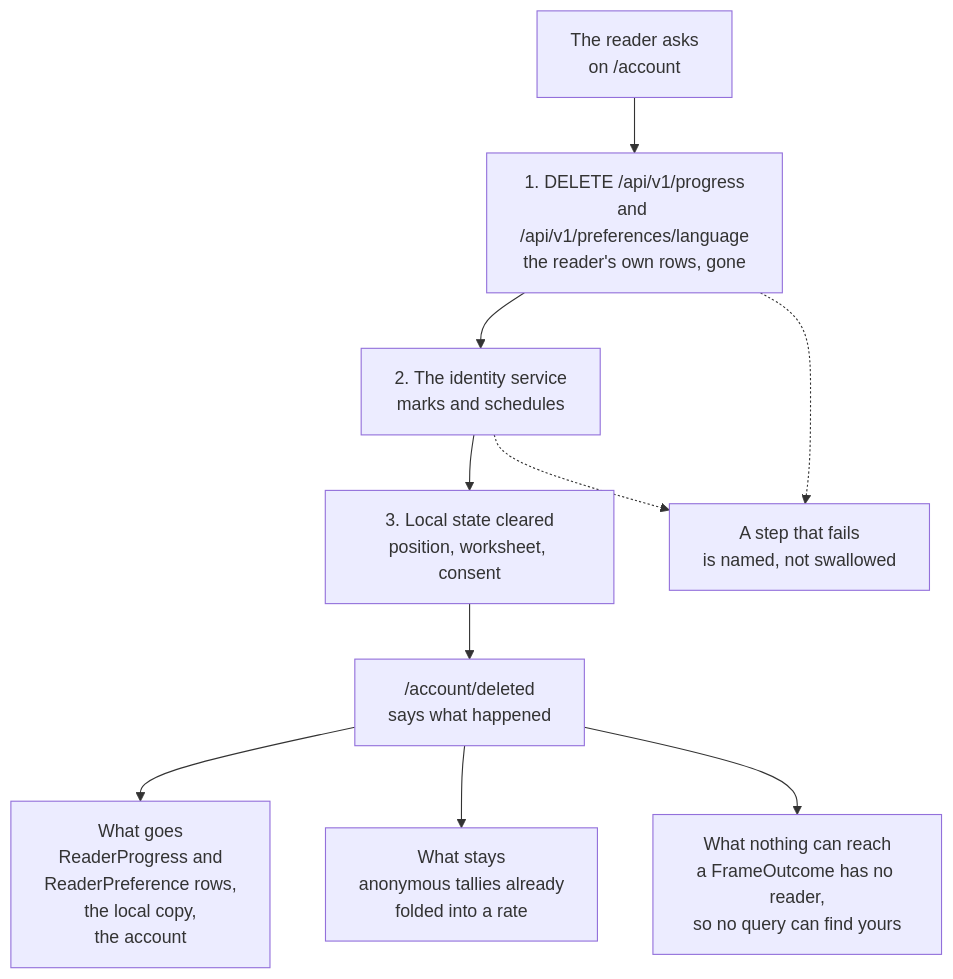
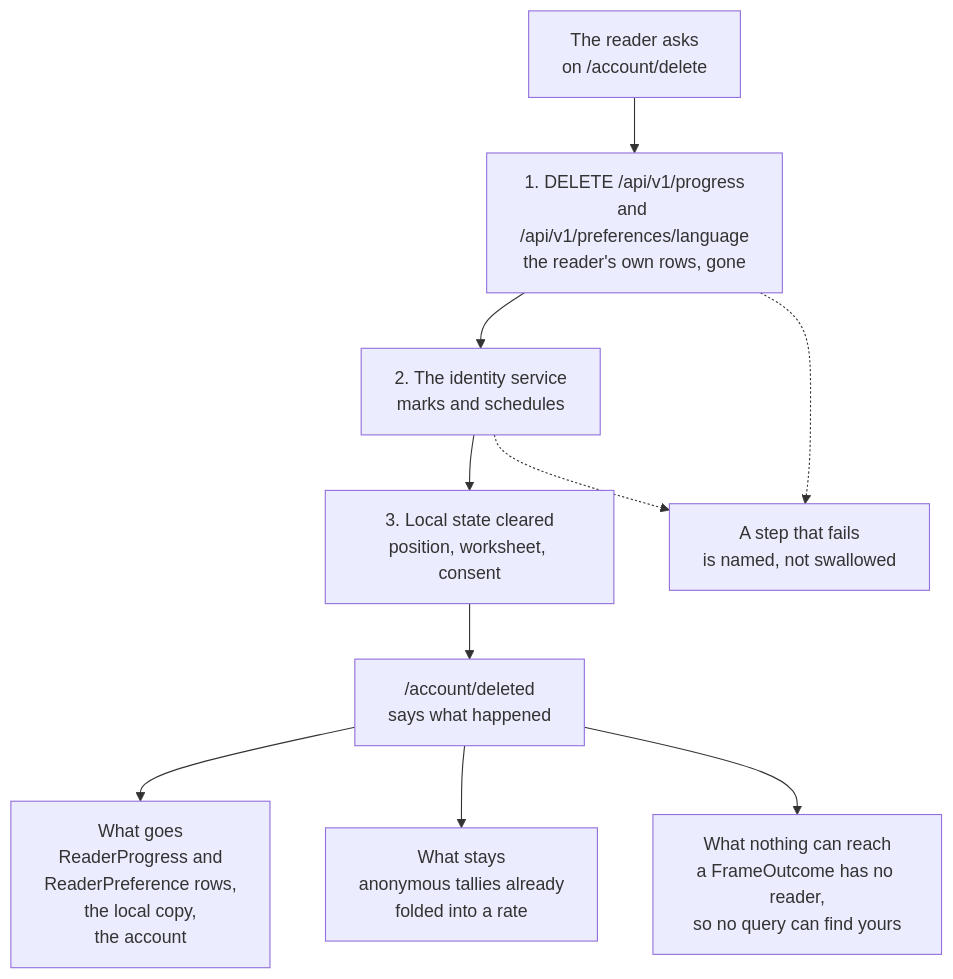
One commit to konradcinkusz/ab-ove changed the diagram in docs/diagrams/b6-deletion.mmd. Above: the diagram before and after it, drawn with Mermaid. The commit also changed 27 other files, not shown here.

First line of the commit message:
610: /account is the reader's overview; deletion moves to /account/delete

```diff
--- a/docs/diagrams/b6-deletion.mmd
+++ b/docs/diagrams/b6-deletion.mmd
@@ -1,40 +1,40 @@
 %% Deletion: what goes, what stays, and what no deletion can reach.
 %% ONE DIAGRAM PER FILE. ASCII ONLY.
 
 %% EVERY READER-SCOPED ROW GOES FIRST, AND THE SCREEN SAYS WHAT IT CANNOT REACH (ADR-0021).
 %% The order is about the SUBJECT: once the identity service has marked the account, nobody
 %% can sign in as that subject again, so anything still filed under it in apidb is
 %% unreachable by any reader for ever. That is true of the chosen edition (ADR-0052) exactly
 %% as it is of the place, which is why both go before the account rather than after.
 
 %% AND BECAUSE AN OUTCOME CARRIES NO READER, nothing can find the rows that were yours -- so
 %% a contribution already folded into a rate cannot be retracted. That is the cost of the
 %% architectural absence that makes a per-reader score unbuildable, and the reader is told it
 %% rather than left to assume the opposite.
 
 %% THE IDENTITY SERVICE MARKS AND SCHEDULES RATHER THAN ERASES. This repository does not own
 %% authdb and does not claim on its behalf; the screen says what the identity service does,
 %% in its own terms.
 
 %% A SCREEN THAT IMPLIED OTHERWISE WOULD BE CLAIMING A CAPABILITY THE SCHEMA WAS DESIGNED
 %% NOT TO HAVE.
 
 flowchart TD
-  ASK["The reader asks<br/>on /account"]
+  ASK["The reader asks<br/>on /account/delete"]
   P1["1. DELETE /api/v1/progress<br/>and /api/v1/preferences/language<br/>the reader's own rows, gone"]
   P2["2. The identity service<br/>marks and schedules"]
   P3["3. Local state cleared<br/>position, worksheet, consent"]
   DONE["/account/deleted<br/>says what happened"]
 
   GONE["What goes<br/>ReaderProgress and<br/>ReaderPreference rows,<br/>the local copy,<br/>the account"]
   STAYS["What stays<br/>anonymous tallies already<br/>folded into a rate"]
   CANNOT["What nothing can reach<br/>a FrameOutcome has no reader,<br/>so no query can find yours"]
 
   ASK --> P1 --> P2 --> P3 --> DONE
   DONE --> GONE
   DONE --> STAYS
   DONE --> CANNOT
 
   PROBLEM["A step that fails<br/>is named, not swallowed"]
   P2 -.-> PROBLEM
   P1 -.-> PROBLEM
```
